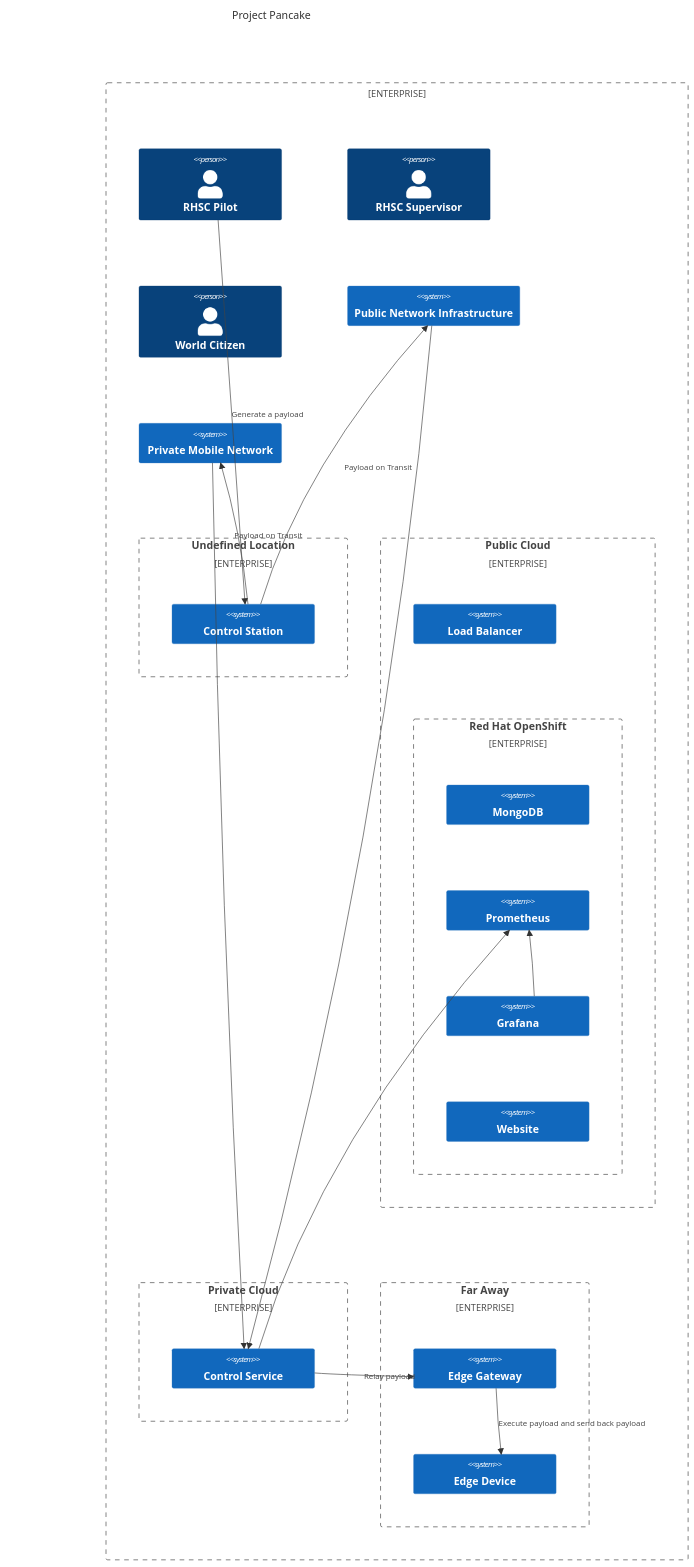
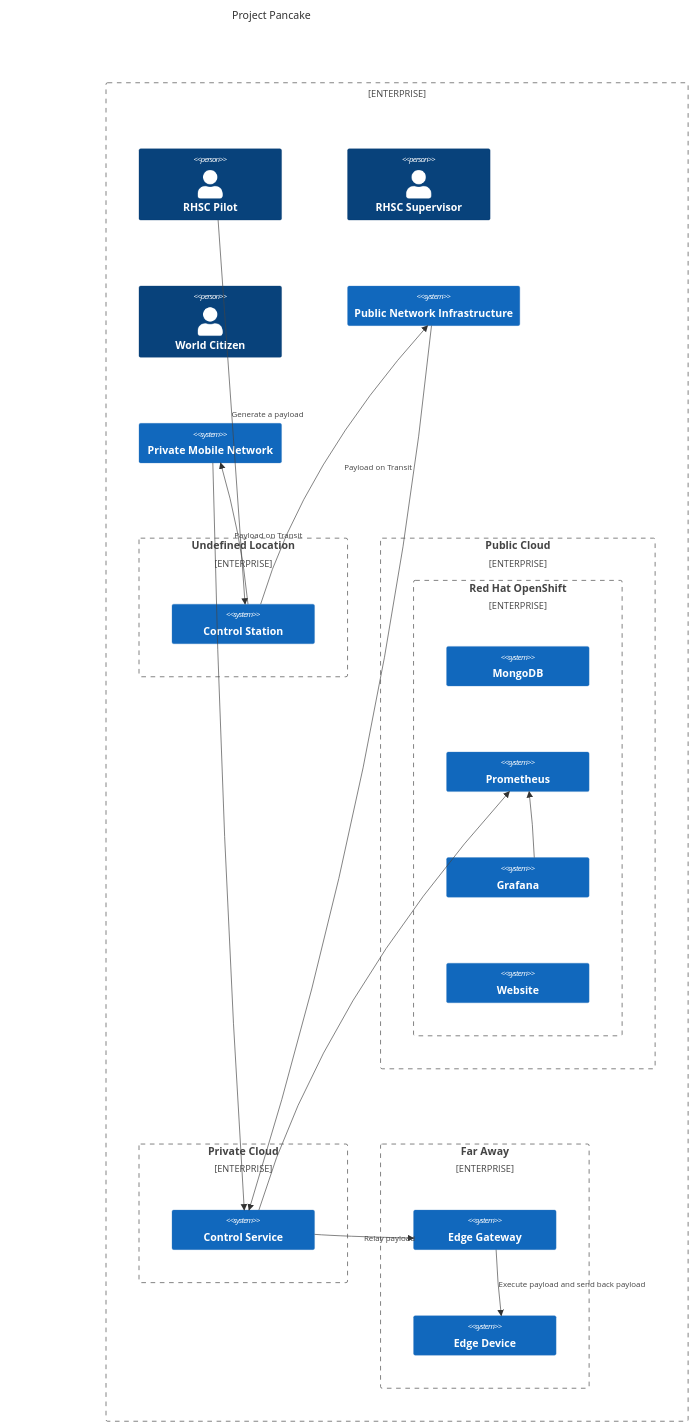
Before and after one commit to beezy-cloud/project-pancake: the diagram in docs/index.md, drawn with Mermaid.

````diff
--- a/docs/index.md
+++ b/docs/index.md
@@ -7,49 +7,48 @@
 ```mermaid 
     C4Context
       title Project Pancake
       Enterprise_Boundary(b0, "") {
         Person(Pilot, "RHSC Pilot")
         Person(Supervisor, "RHSC Supervisor")
         Person(Public, "World Citizen")
 
         System(Internet, "Public Network Infrastructure")
         System(MobileNetwork, "Private Mobile Network")
 
         Enterprise_Boundary(b1, "Undefined Location"){
           System(ControlStation, "Control Station")
         }
 
         Enterprise_Boundary(b2, "Public Cloud") {
-          System(LoadBalancer, "Load Balancer")
           Enterprise_Boundary(c1, "Red Hat OpenShift"){
             System(MongoDB, "MongoDB")
             System(Prometheus, "Prometheus")
             System(Grafana, "Grafana")
             System(Website, "Website")
           }
         }
 
         Enterprise_Boundary(b3, "Private Cloud"){
           System(ControlService, "Control Service")
         }
 
         Enterprise_Boundary(b4, "Far Away"){
           System(EdgeGateway, "Edge Gateway")
           System(EdgeDevice, "Edge Device")
         }
       }
 
       Rel(Pilot, ControlStation, "Generate a payload")
 
       Rel(ControlStation, Internet, "Payload on Transit")
       Rel(Internet, ControlService, "")
       
       Rel(ControlStation, MobileNetwork, "Payload on Transit")
       Rel(MobileNetwork, ControlService, "")
       
       Rel(ControlService, Prometheus, "")
       Rel(Grafana, Prometheus, "")
       Rel(ControlService, EdgeGateway, "Relay payload")
       Rel(EdgeGateway, EdgeDevice, "Execute payload and send back payload")
 
 ```
````
